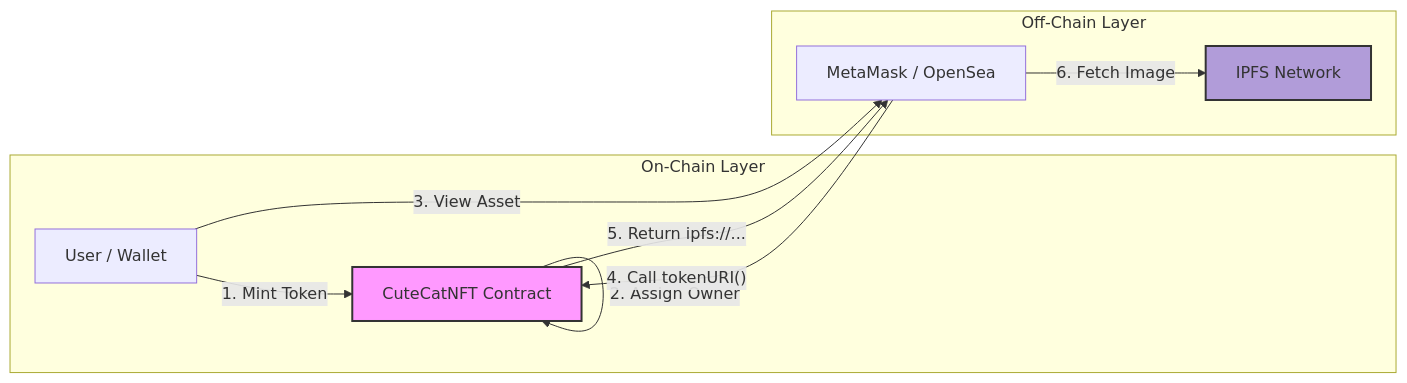
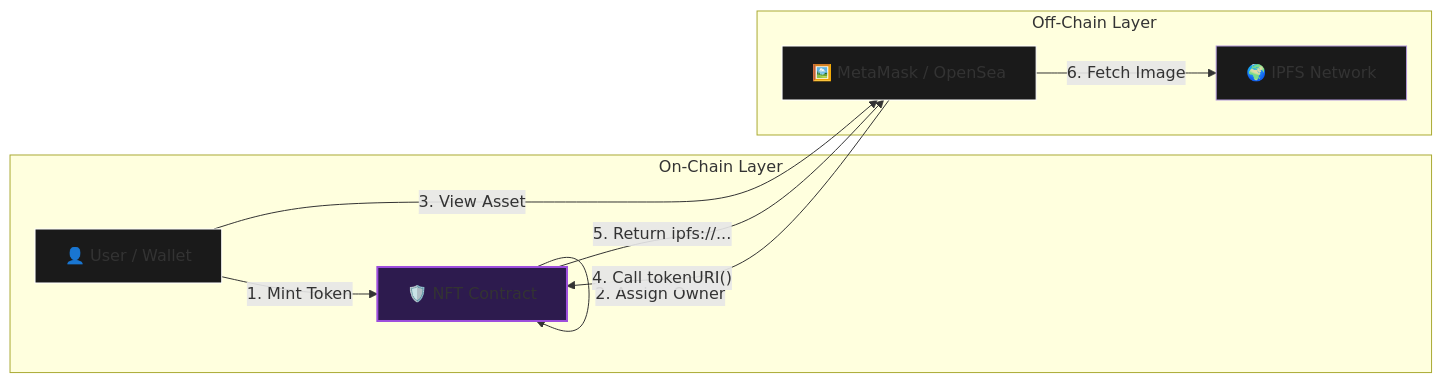
The diagram in README.md (NexTechArchitect/ERC721-Advanced-IPFS-NFT), drawn with Mermaid before and after one commit. The commit also changed other lines of this file, not shown here.

````diff
--- a/README.md
+++ b/README.md
@@ -52,23 +87,25 @@
 ```mermaid
 graph LR
-    User["User / Wallet"]
-    Contract["CuteCatNFT Contract"]
-    IPFS["IPFS Network"]
-    Display["MetaMask / OpenSea"]
+    User["👤 User / Wallet"]
+    Contract["🛡️ NFT Contract"]
+    IPFS["🌍 IPFS Network"]
+    Display["🖼️ MetaMask / OpenSea"]
 
     subgraph "On-Chain Layer"
       User -- "1. Mint Token" --> Contract
       Contract -- "2. Assign Owner" --> Contract
     end
 
     subgraph "Off-Chain Layer"
       User -- "3. View Asset" --> Display
       Display -- "4. Call tokenURI()" --> Contract
       Contract -- "5. Return ipfs://..." --> Display
       Display -- "6. Fetch Image" --> IPFS
     end
 
-    style Contract fill:#f9f,stroke:#333,stroke-width:2px
-    style IPFS fill:#b19cd9,stroke:#333,stroke-width:2px
+    style Contract fill:#2d1b4e,stroke:#9d4edd,stroke-width:2px
+    style IPFS fill:#1a1a1a,stroke:#b298dc
+    style User fill:#1a1a1a,stroke:#fff
+    style Display fill:#1a1a1a,stroke:#fff
 
 ```
````
